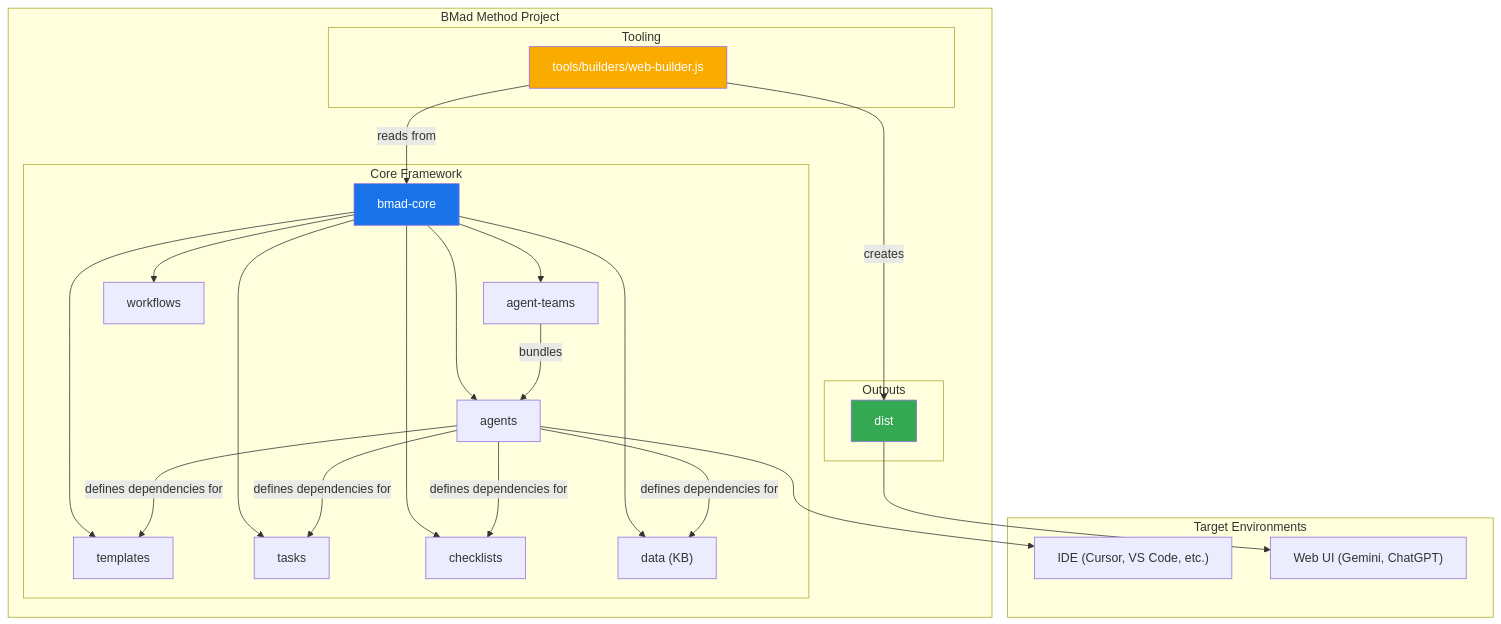
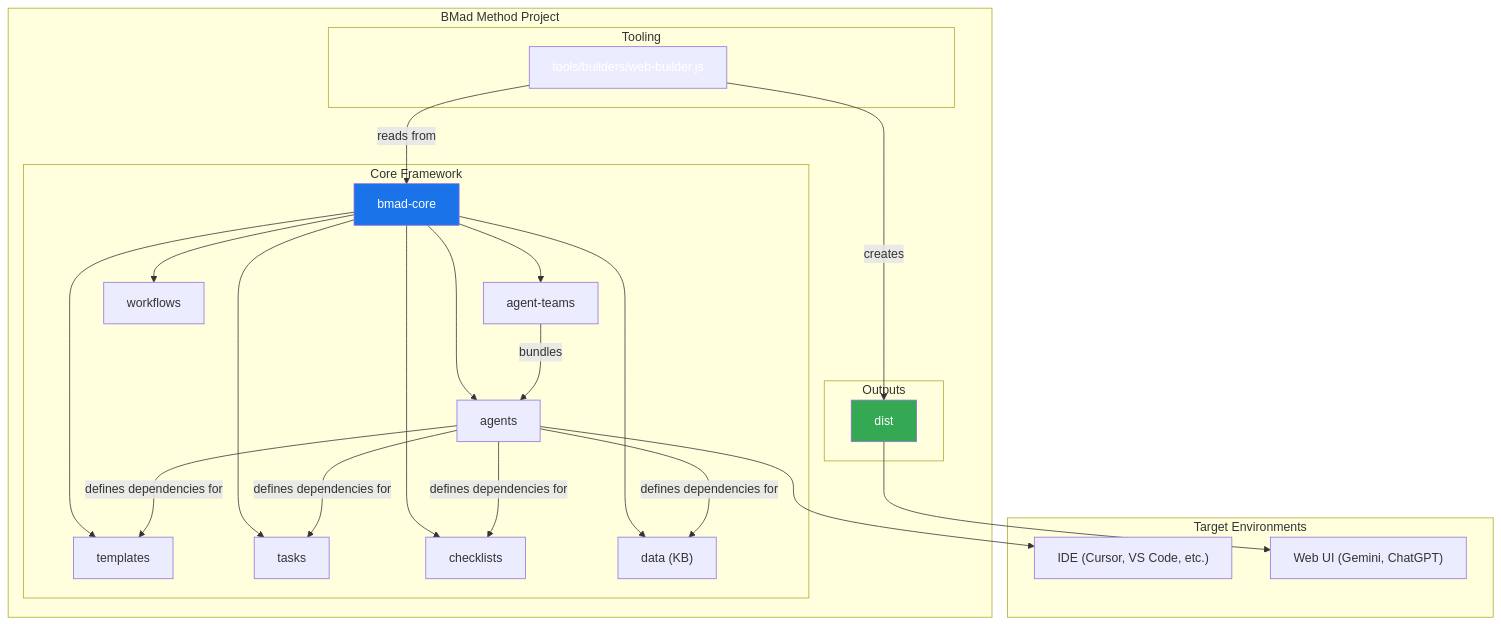
Before and after one commit to bacoco/AiDesigner: the first of 3 diagrams in docs/core-architecture.md, drawn with Mermaid. The commit also changed other lines of this file and 39 other files, not shown here.

````diff
--- a/docs/core-architecture.md
+++ b/docs/core-architecture.md
@@ -17,44 +17,44 @@
 ```mermaid
 graph TD
     subgraph BMad Method Project
         subgraph Core Framework
             A["bmad-core"]
             A --> B["agents"]
             A --> C["agent-teams"]
             A --> D["workflows"]
             A --> E["templates"]
             A --> F["tasks"]
             A --> G["checklists"]
             A --> H["data (KB)"]
         end
 
         subgraph Tooling
             I["tools/builders/web-builder.js"]
         end
 
         subgraph Outputs
             J["dist"]
         end
 
         B -- defines dependencies for --> E
         B -- defines dependencies for --> F
         B -- defines dependencies for --> G
         B -- defines dependencies for --> H
 
         C -- bundles --> B
         I -- reads from --> A
         I -- creates --> J
     end
 
     subgraph Target Environments
         K["IDE (Cursor, VS Code, etc.)"]
         L["Web UI (Gemini, ChatGPT)"]
     end
 
     B --> K
     J --> L
 
     style A fill:#1a73e8,color:#fff
-    style I fill:#f9ab00,color:#fff
+    style I fill:#f9abagilaiagilai,color:#fff
     style J fill:#34a853,color:#fff
 ```
````
